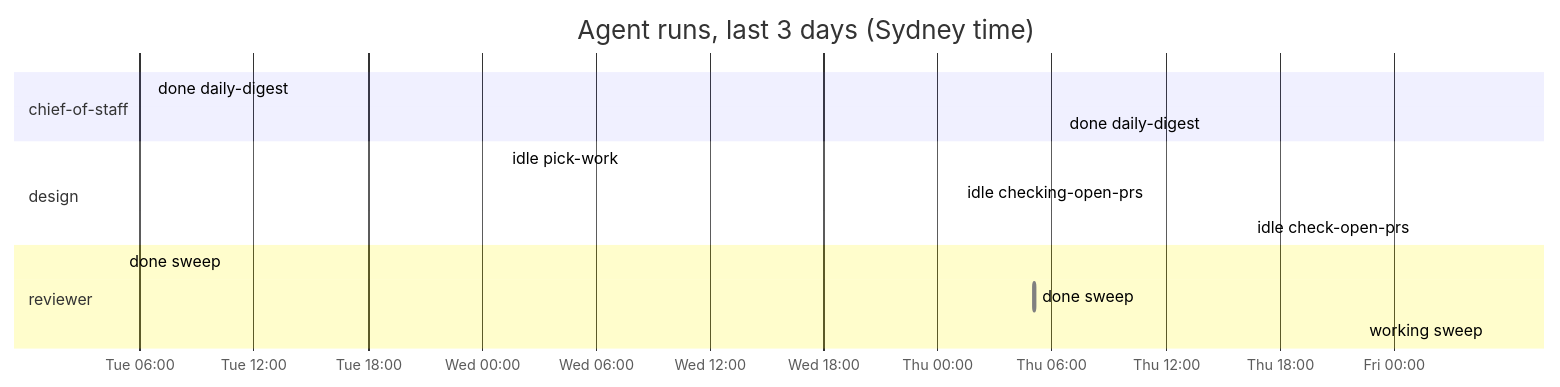
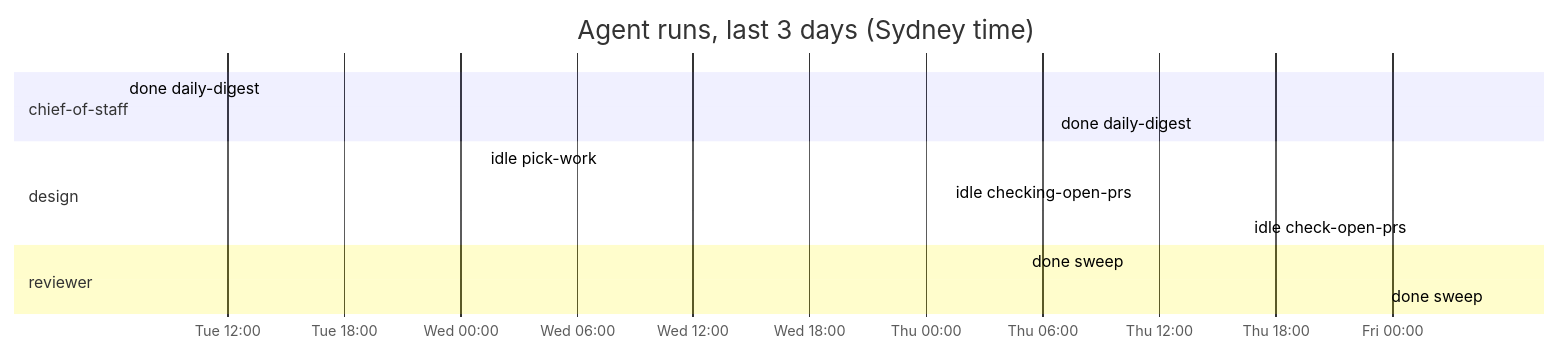
The diagram in dashboard.md (roulmediateam-byte/fifteen-expert-hq), drawn with Mermaid before and after one commit. The commit also changed other lines of this file and 1 other file, not shown here.

````diff
--- a/dashboard.md
+++ b/dashboard.md
@@ -38,17 +38,16 @@
 ```mermaid
 gantt
     title Agent runs, last 3 days (Sydney time)
     dateFormat YYYY-MM-DD HH:mm
     axisFormat %a %H:%M
     section chief-of-staff
     done daily-digest :done, 2026-11-10 06:35, 2026-11-10 06:37
     done daily-digest :done, 2026-11-12 06:35, 2026-11-12 06:36
     section design
     idle pick-work :done, 2026-11-11 01:12, 2026-11-11 01:12
     idle checking-open-prs :done, 2026-11-12 01:11, 2026-11-12 01:12
     idle check-open-prs :done, 2026-11-13 01:11, 2026-11-13 01:11
     section reviewer
-    done sweep :done, 2026-11-10 05:04, 2026-11-10 05:05
     done sweep :done, 2026-11-12 05:05, 2026-11-12 05:06
-    working sweep :active, 2026-11-13 05:05, 2026-11-13 05:05
+    done sweep :done, 2026-11-13 05:05, 2026-11-13 05:05
 ```
````
